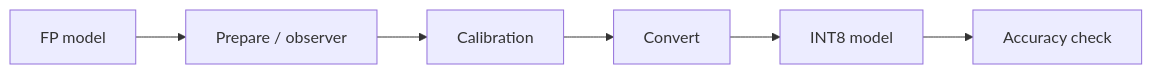
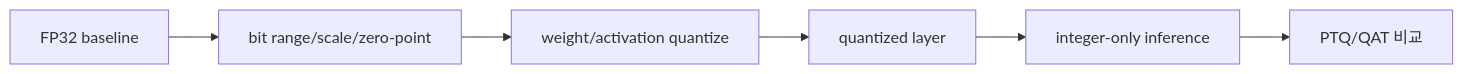
The diagram in study_viewer/study_notes/on_device_ai/practice/02_quantization_cnn_practice_guide.md (knowgyu/aisp), drawn with Mermaid before and after one commit. The commit also changed other lines of this file and 10 other files, not shown here.

````diff
--- a/study_viewer/study_notes/on_device_ai/practice/02_quantization_cnn_practice_guide.md
+++ b/study_viewer/study_notes/on_device_ai/practice/02_quantization_cnn_practice_guide.md
@@ -6,4 +11,14 @@
 ```mermaid
 flowchart LR
-  A["FP model"] --> B["Prepare / observer"] --> C["Calibration"] --> D["Convert"] --> E["INT8 model"] --> F["Accuracy check"]
+  A["FP32 baseline"]
+  B["bit range/scale/zero-point"]
+  A --> B
+  C["weight/activation quantize"]
+  B --> C
+  D["quantized layer"]
+  C --> D
+  E["integer-only inference"]
+  D --> E
+  F["PTQ/QAT 비교"]
+  E --> F
 ```
````
